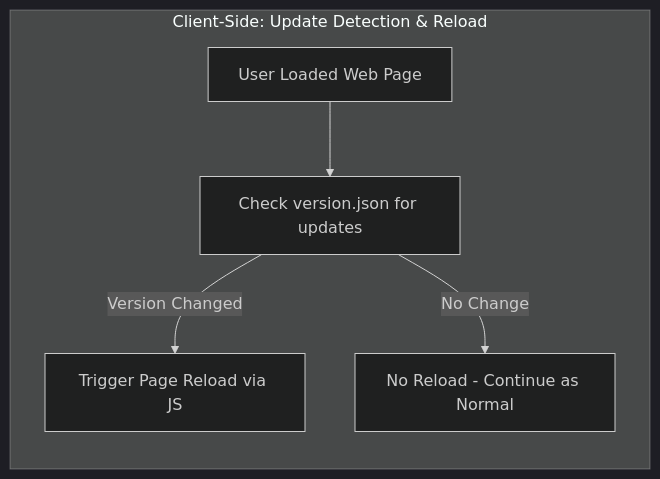
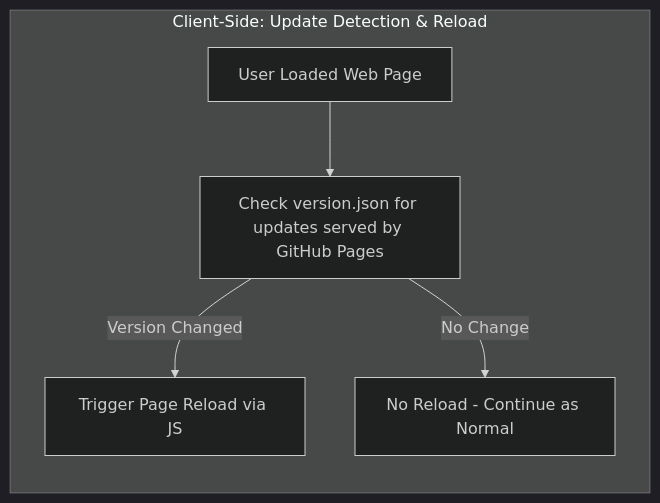
The third of 4 diagrams in README.md (lloydchang/client-side-canary-deployment), drawn with Mermaid (dark theme) before and after one commit. The commit also changed other lines of this file, not shown here.

````diff
--- a/README.md
+++ b/README.md
@@ -48,9 +48,9 @@
 ```mermaid
 graph LR
     subgraph Client-Side: Update Detection & Reload
         U[User Loaded Web Page]
-        U --> V[Check version.json for updates]
+        U --> V[Check version.json for updates served by GitHub Pages]
         V -->|Version Changed| R["Trigger Page Reload via JS"]
         V -->|No Change| S[No Reload - Continue as Normal]
     end
 ```
````
